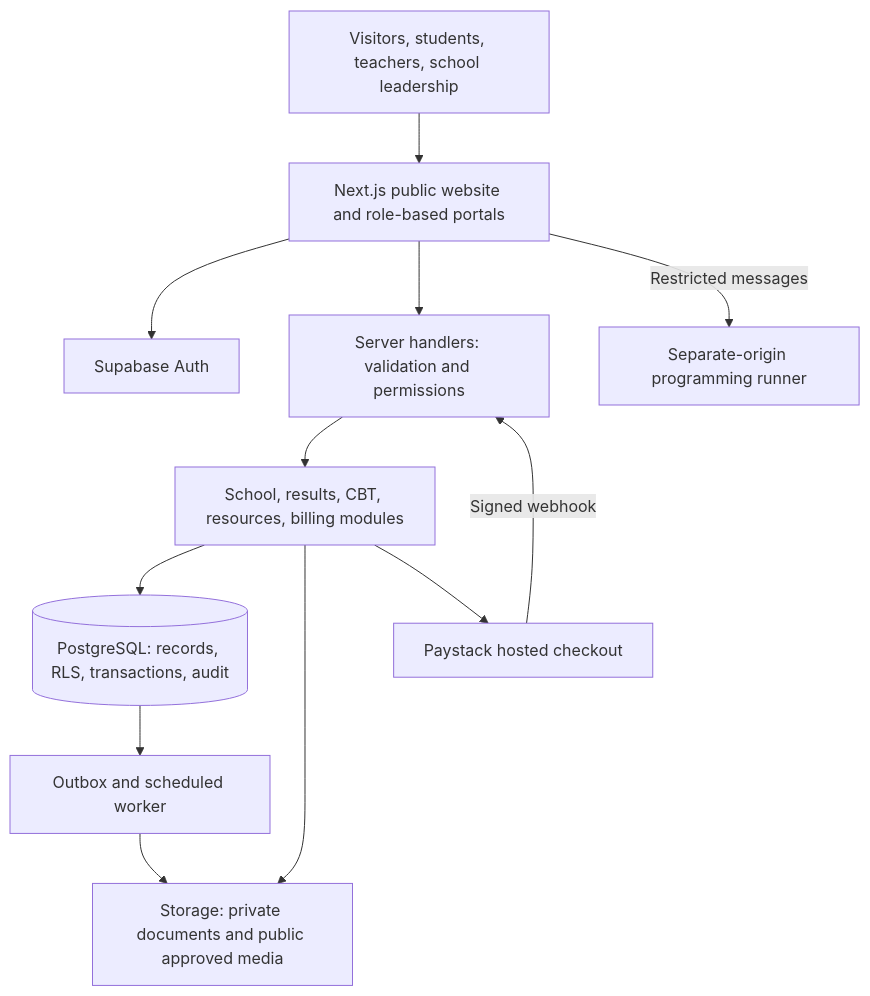
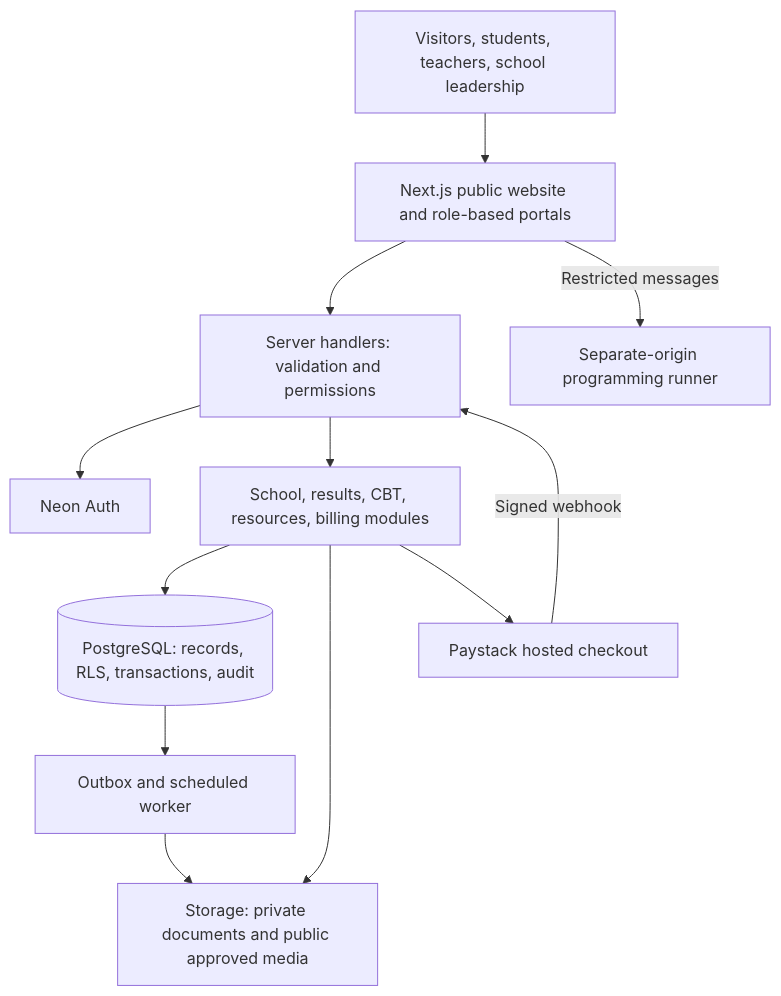
Before and after one commit to adeyanjufuhad/BrainField-Schools: the second of 2 diagrams in README.md, drawn with Mermaid. The commit also changed other lines of this file and 31 other files, not shown here.

Commit message:
docs: adopt Neon architecture and record verified school content

````diff
--- a/README.md
+++ b/README.md
@@ -98,24 +100,24 @@
 ```mermaid
 flowchart TB
     PEOPLE[Visitors, students, teachers, school leadership]
     WEB[Next.js public website and role-based portals]
-    AUTH[Supabase Auth]
+    AUTH[Neon Auth]
     API[Server handlers: validation and permissions]
     DOMAIN[School, results, CBT, resources, billing modules]
     DB[(PostgreSQL: records, RLS, transactions, audit)]
     FILES[Storage: private documents and public approved media]
     JOBS[Outbox and scheduled worker]
     PAY[Paystack hosted checkout]
     RUN[Separate-origin programming runner]
     PEOPLE --> WEB
-    WEB --> AUTH
+    API --> AUTH
     WEB --> API
     API --> DOMAIN
     DOMAIN --> DB
     DOMAIN --> FILES
     DB --> JOBS
     JOBS --> FILES
     DOMAIN --> PAY
     PAY -->|Signed webhook| API
     WEB -->|Restricted messages| RUN
 ```
````
